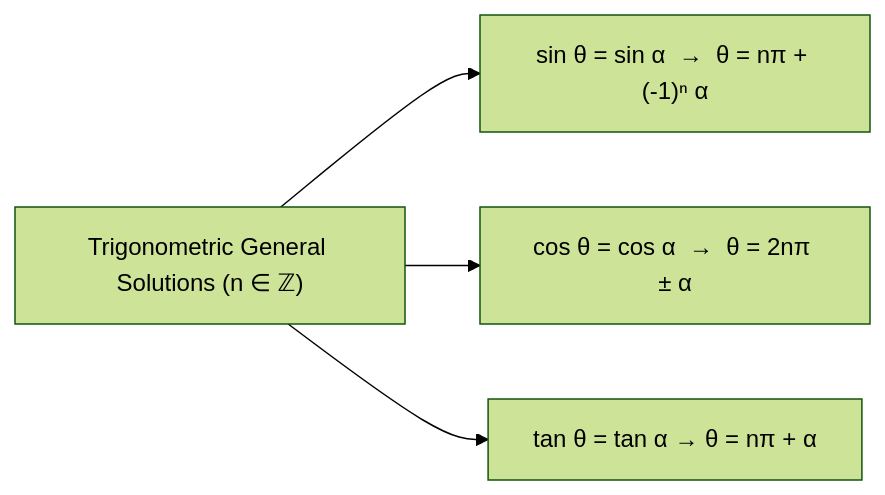
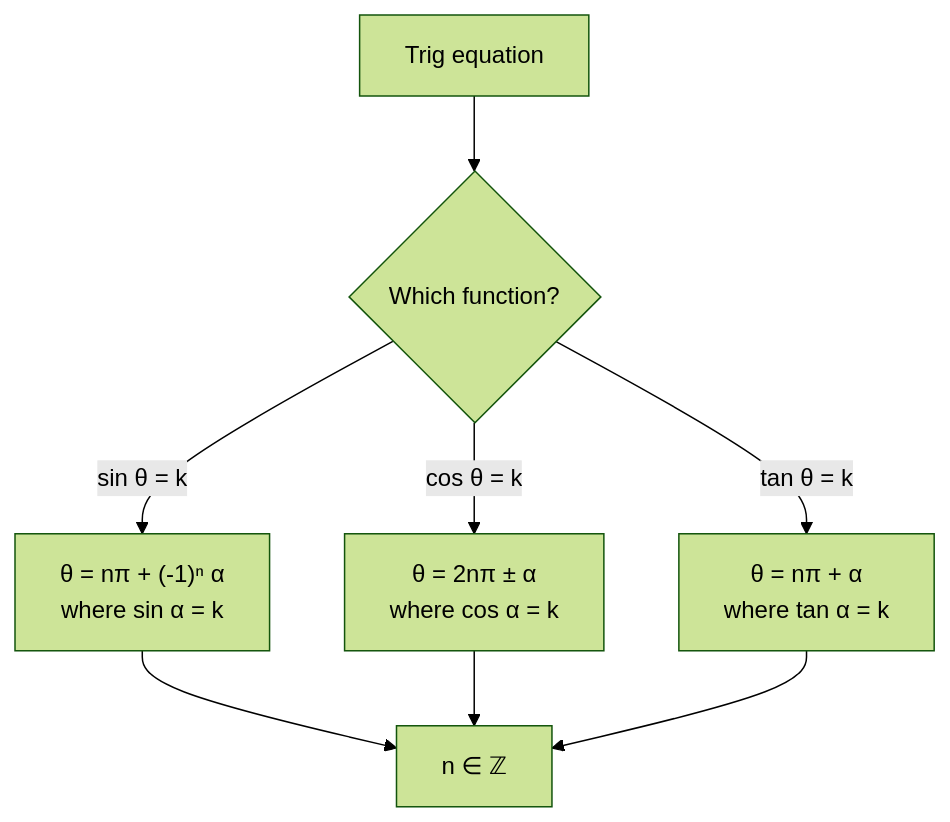
The second of 3 diagrams in 01 - Maths/Lesson 07 - Trigonometric Functions, Identities & Equations.md (zenyyxz/Zen_dx-Notes), drawn with Mermaid (forest theme) before and after one commit. The commit also changed other lines of this file and 12 other files, not shown here.

````diff
--- a/01 - Maths/Lesson 07 - Trigonometric Functions, Identities & Equations.md
+++ b/01 - Maths/Lesson 07 - Trigonometric Functions, Identities & Equations.md
@@ -42,6 +175,10 @@
 ```mermaid
-graph LR
-    TrigEq["Trigonometric General Solutions (n ∈ ℤ)"] --> Sin["sin θ = sin α  →  θ = nπ + (-1)ⁿ α"]
-    TrigEq --> Cos["cos θ = cos α  →  θ = 2nπ ± α"]
-    TrigEq --> Tan["tan θ = tan α  →  θ = nπ + α"]
+flowchart TD
+    A["Trig equation"] --> B{"Which function?"}
+    B -->|"sin θ = k"| C["θ = nπ + (-1)ⁿ α\nwhere sin α = k"]
+    B -->|"cos θ = k"| D["θ = 2nπ ± α\nwhere cos α = k"]
+    B -->|"tan θ = k"| E["θ = nπ + α\nwhere tan α = k"]
+    C --> F["n ∈ ℤ"]
+    D --> F
+    E --> F
 ```
````
